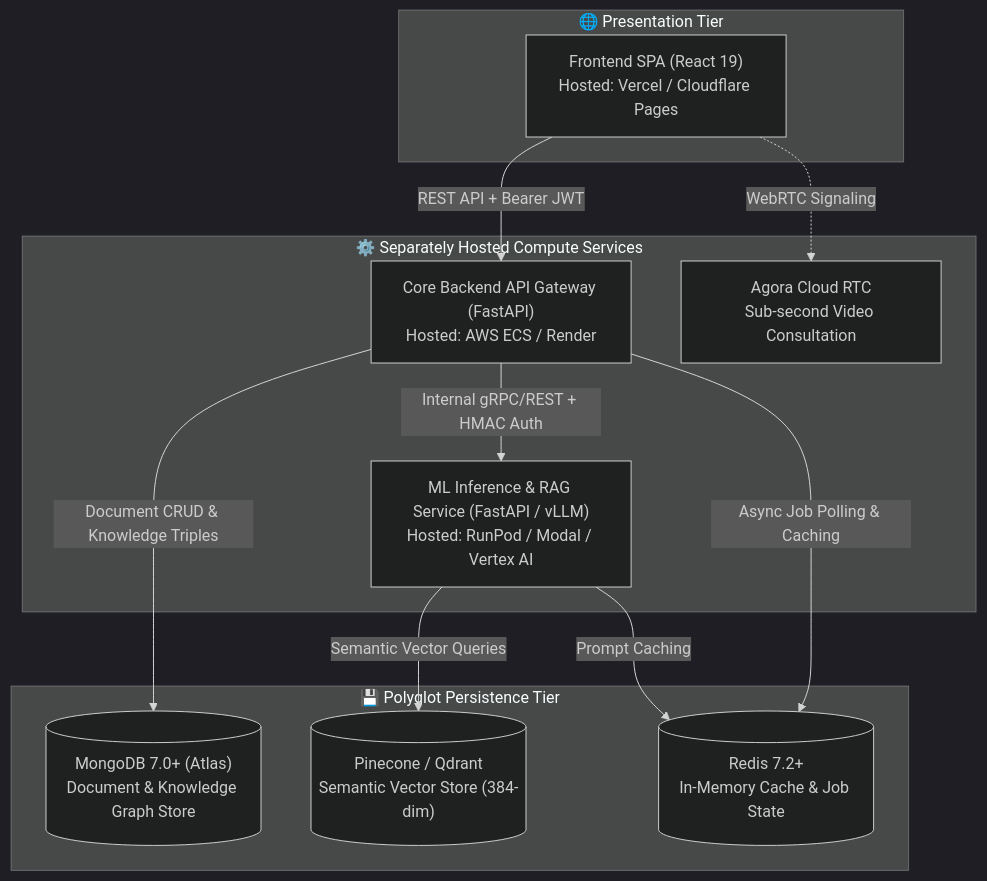
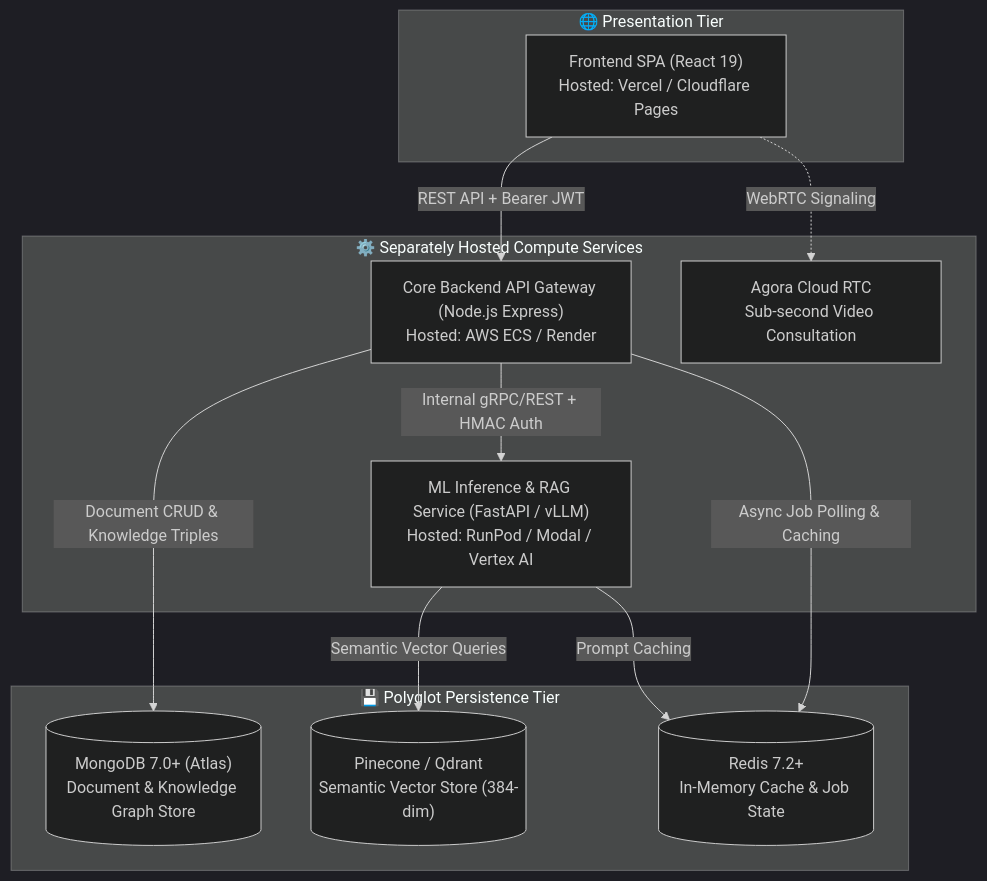
Before and after one commit to rajgupta04/Ayurvarta: the diagram in README.md, drawn with Mermaid (dark theme). The commit also changed other lines of this file and 33 other files, not shown here.

````diff
--- a/README.md
+++ b/README.md
@@ -13,26 +13,26 @@
 ```mermaid
 flowchart TD
     subgraph ClientTier["🌐 Presentation Tier"]
         FE["Frontend SPA (React 19)<br/>Hosted: Vercel / Cloudflare Pages"]
     end
 
     subgraph ServiceTier["⚙️ Separately Hosted Compute Services"]
-        Backend["Core Backend API Gateway (FastAPI)<br/>Hosted: AWS ECS / Render"]
+        Backend["Core Backend API Gateway (Node.js Express)<br/>Hosted: AWS ECS / Render"]
         MLService["ML Inference & RAG Service (FastAPI / vLLM)<br/>Hosted: RunPod / Modal / Vertex AI"]
         Agora["Agora Cloud RTC<br/>Sub-second Video Consultation"]
     end
 
     subgraph PolyglotTier["💾 Polyglot Persistence Tier"]
         MongoDB[("MongoDB 7.0+ (Atlas)<br/>Document & Knowledge Graph Store")]
         Pinecone[("Pinecone / Qdrant<br/>Semantic Vector Store (384-dim)")]
         Redis[("Redis 7.2+<br/>In-Memory Cache & Job State")]
     end
 
     FE -->|REST API + Bearer JWT| Backend
     FE -.->|WebRTC Signaling| Agora
     Backend -->|Document CRUD & Knowledge Triples| MongoDB
     Backend -->|Async Job Polling & Caching| Redis
     Backend -->|Internal gRPC/REST + HMAC Auth| MLService
     MLService -->|Semantic Vector Queries| Pinecone
     MLService -->|Prompt Caching| Redis
 ```
````
